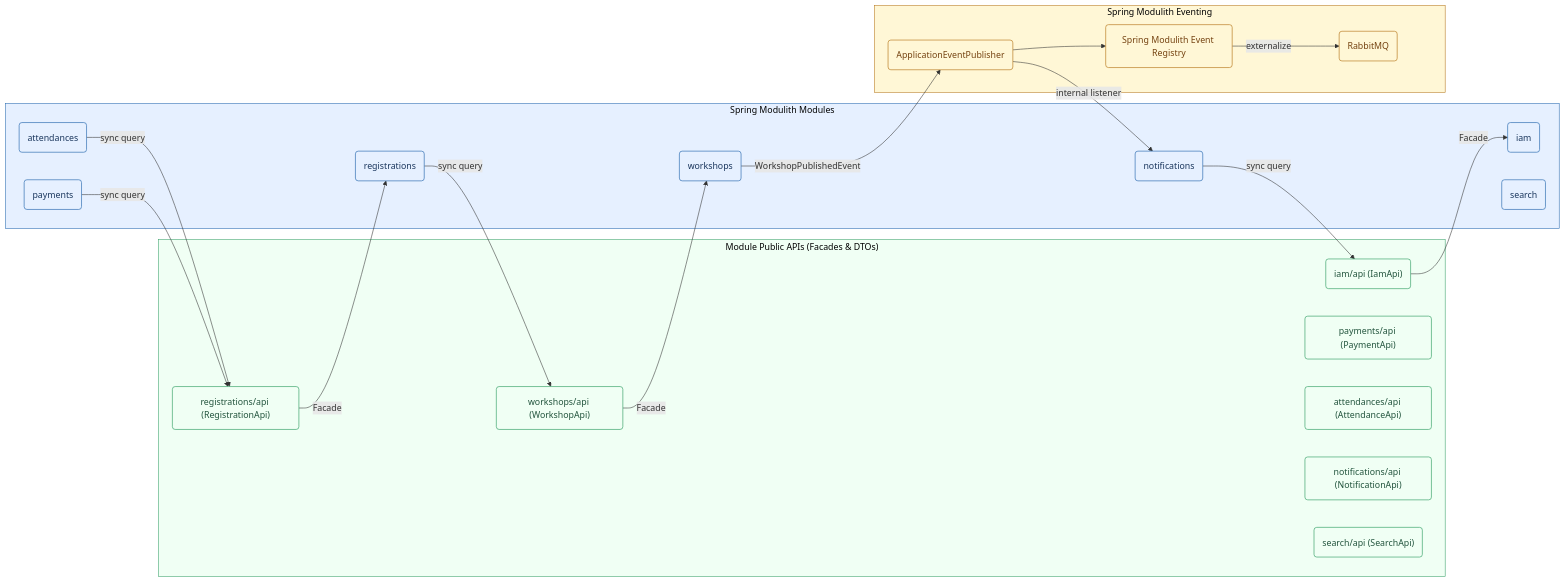
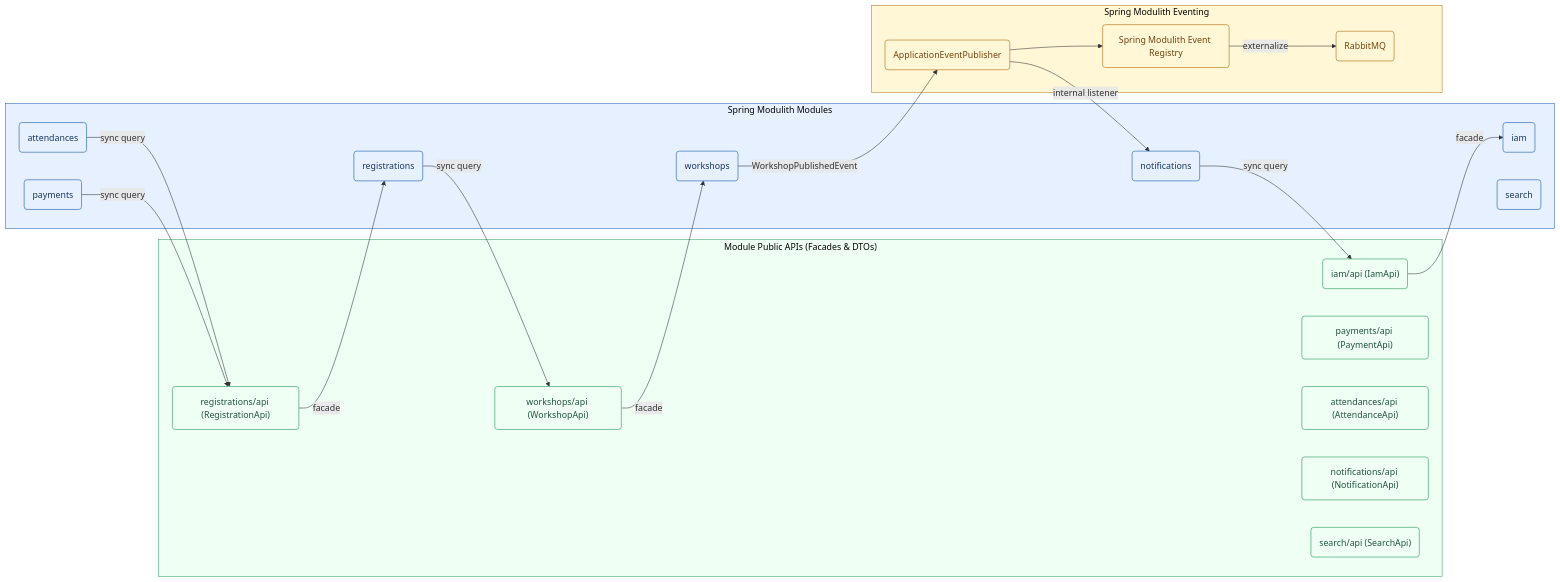
Before and after one commit to phatnguyen975/unihub-workshop: the second of 5 diagrams in docs/project-structure.md, drawn with Mermaid. The commit also changed other lines of this file and 261 other files, not shown here.

````diff
--- a/docs/project-structure.md
+++ b/docs/project-structure.md
@@ -235,50 +230,50 @@
 ```mermaid
 flowchart LR
   subgraph Modules["Spring Modulith Modules"]
     IAM("iam")
     Workshops("workshops")
     Registrations("registrations")
     Payments("payments")
     Attendances("attendances")
     Notifications("notifications")
     Search("search")
   end
   subgraph ModuleApis["Module Public APIs (Facades & DTOs)"]
     IAM_API("iam/api (IamApi)")
     WS_API("workshops/api (WorkshopApi)")
     REG_API("registrations/api (RegistrationApi)")
     PAY_API("payments/api (PaymentApi)")
     ATT_API("attendances/api (AttendanceApi)")
     NOT_API("notifications/api (NotificationApi)")
     SR_API("search/api (SearchApi)")
   end
   subgraph Eventing["Spring Modulith Eventing"]
     Publisher("ApplicationEventPublisher")
     Registry("Spring Modulith Event Registry")
     Broker("RabbitMQ")
   end
 
   Registrations -- sync query --> WS_API
-  WS_API -- Facade --> Workshops
+  WS_API -- facade --> Workshops
   Payments -- sync query --> REG_API
-  REG_API -- Facade --> Registrations
+  REG_API -- facade --> Registrations
   Attendances -- sync query --> REG_API
   Notifications -- sync query --> IAM_API
-  IAM_API -- Facade --> IAM
+  IAM_API -- facade --> IAM
   Workshops -- WorkshopPublishedEvent --> Publisher
   Publisher -- internal listener --> Notifications
   Publisher --> Registry
   Registry -- externalize --> Broker
 
   classDef module fill:#e6f0ff,stroke:#2b6cb0,stroke-width:1.2px,color:#1a365d
   classDef apiSurface fill:#f0fff4,stroke:#38a169,stroke-width:1.2px,color:#22543d
   classDef eventing fill:#fff7d6,stroke:#b7791f,stroke-width:1.2px,color:#744210
 
   class IAM,Workshops,Registrations,Payments,Attendances,Notifications,Search module
   class IAM_API,WS_API,REG_API,PAY_API,ATT_API,NOT_API,SR_API apiSurface
   class Publisher,Registry,Broker eventing
 
   style Modules fill:#e6f0ff,stroke:#2b6cb0,color:#000000
   style ModuleApis fill:#f0fff4,stroke:#38a169,color:#000000
   style Eventing fill:#fff7d6,stroke:#b7791f,color:#000000
 ```
````
